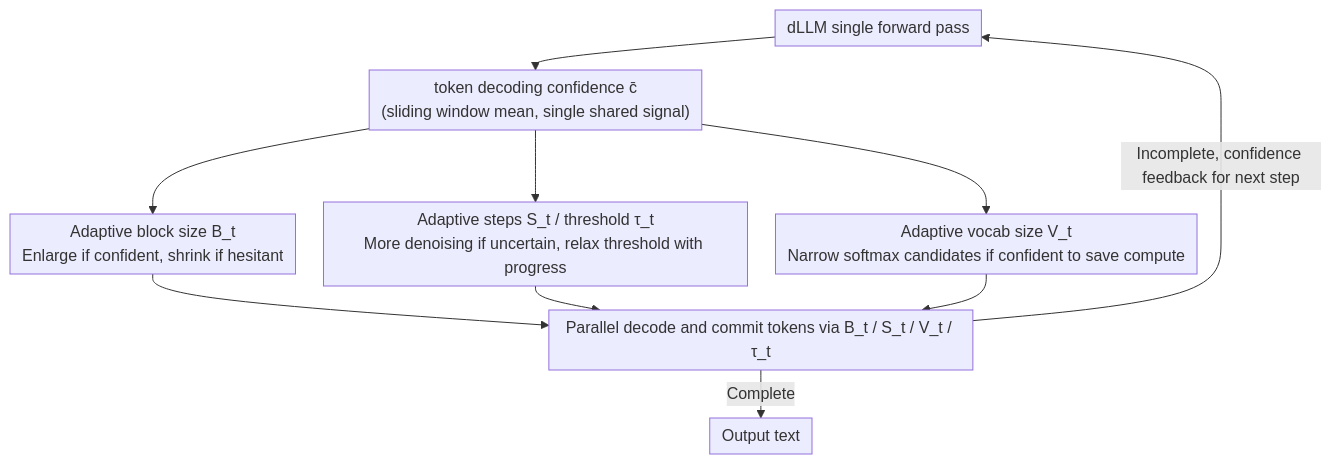
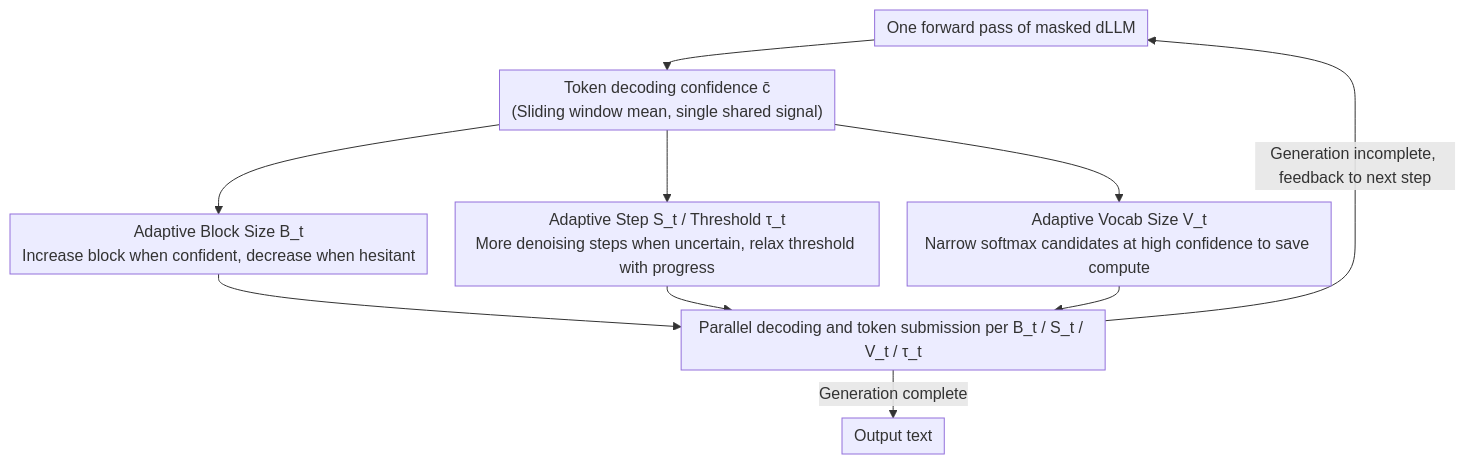
One commit to zhaoyang97/Paper-Notes-en changed the diagram in docs/ACL2026/model_compression/improving_the_throughput_of_diffusion-based_large_language_models_via_a_training.md. Above: the diagram before and after it, drawn with Mermaid. The commit also changed other lines of this file and 5084 other files, not shown here.

````diff
--- a/docs/ACL2026/model_compression/improving_the_throughput_of_diffusion-based_large_language_models_via_a_training.md
+++ b/docs/ACL2026/model_compression/improving_the_throughput_of_diffusion-based_large_language_models_via_a_training.md
@@ -44,13 +44,13 @@
 ```mermaid
 %%{init: {'flowchart': {'rankSpacing': 24, 'nodeSpacing': 28, 'padding': 6, 'wrappingWidth': 400}}}%%
 flowchart TD
-    A["dLLM single forward pass"] --> B["token decoding confidence c̄<br/>(sliding window mean, single shared signal)"]
-    B --> C["Adaptive block size B_t<br/>Enlarge if confident, shrink if hesitant"]
-    B --> D["Adaptive steps S_t / threshold τ_t<br/>More denoising if uncertain, relax threshold with progress"]
-    B --> E["Adaptive vocab size V_t<br/>Narrow softmax candidates if confident to save compute"]
-    C --> F["Parallel decode and commit tokens via B_t / S_t / V_t / τ_t"]
+    A["One forward pass of masked dLLM"] --> B["Token decoding confidence c̄<br/>(Sliding window mean, single shared signal)"]
+    B --> C["Adaptive Block Size B_t<br/>Increase block when confident, decrease when hesitant"]
+    B --> D["Adaptive Step S_t / Threshold τ_t<br/>More denoising steps when uncertain, relax threshold with progress"]
+    B --> E["Adaptive Vocab Size V_t<br/>Narrow softmax candidates at high confidence to save compute"]
+    C --> F["Parallel decoding and token submission per B_t / S_t / V_t / τ_t"]
     D --> F
     E --> F
-    F -->|Incomplete, confidence feedback for next step| A
-    F -->|Complete| G["Output text"]
+    F -->|Generation incomplete, feedback to next step| A
+    F -->|Generation complete| G["Output text"]
 ```
````
